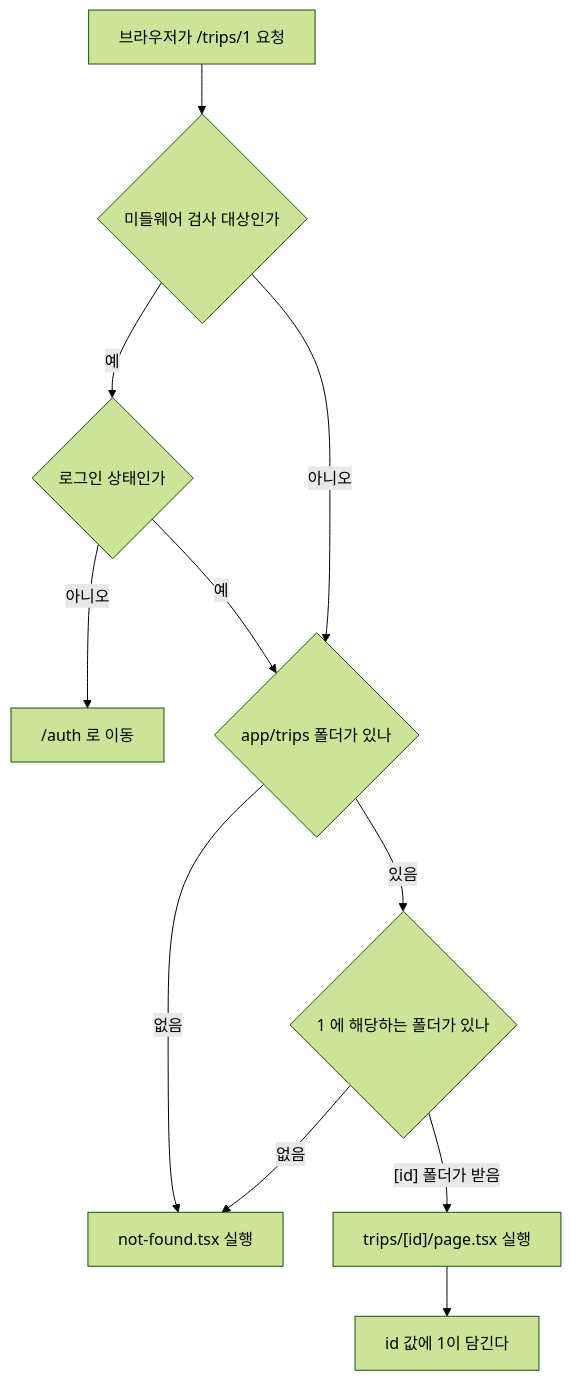
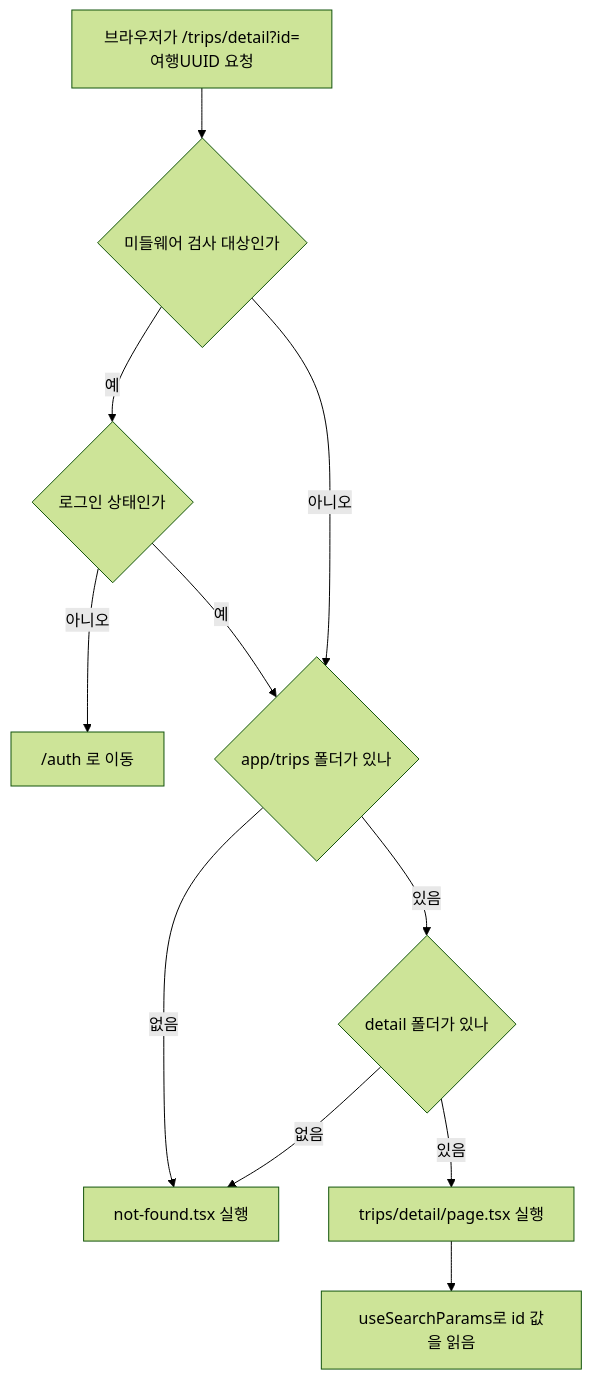
One commit to protove/KDT_TravelPlanner changed the first of 4 diagrams in frontend/ROUTING.md. Above: the diagram before and after it, drawn with Mermaid (forest theme). The commit also changed other lines of this file and 6 other files, not shown here.

````diff
--- a/frontend/ROUTING.md
+++ b/frontend/ROUTING.md
@@ -21,13 +21,13 @@
 ```mermaid
 flowchart TD
-    A["브라우저가 /trips/1 요청"] --> B{"미들웨어 검사 대상인가"}
+    A["브라우저가 /trips/detail?id=여행UUID 요청"] --> B{"미들웨어 검사 대상인가"}
     B -->|예| C{"로그인 상태인가"}
     C -->|아니오| D["/auth 로 이동"]
     C -->|예| E{"app/trips 폴더가 있나"}
     B -->|아니오| E
     E -->|없음| F["not-found.tsx 실행"]
-    E -->|있음| G{"1 에 해당하는 폴더가 있나"}
-    G -->|"[id] 폴더가 받음"| H["trips/[id]/page.tsx 실행"]
+    E -->|있음| G{"detail 폴더가 있나"}
+    G -->|"있음"| H["trips/detail/page.tsx 실행"]
     G -->|없음| F
-    H --> I["id 값에 1이 담긴다"]
+    H --> I["useSearchParams로 id 값을 읽음"]
 ```
````
